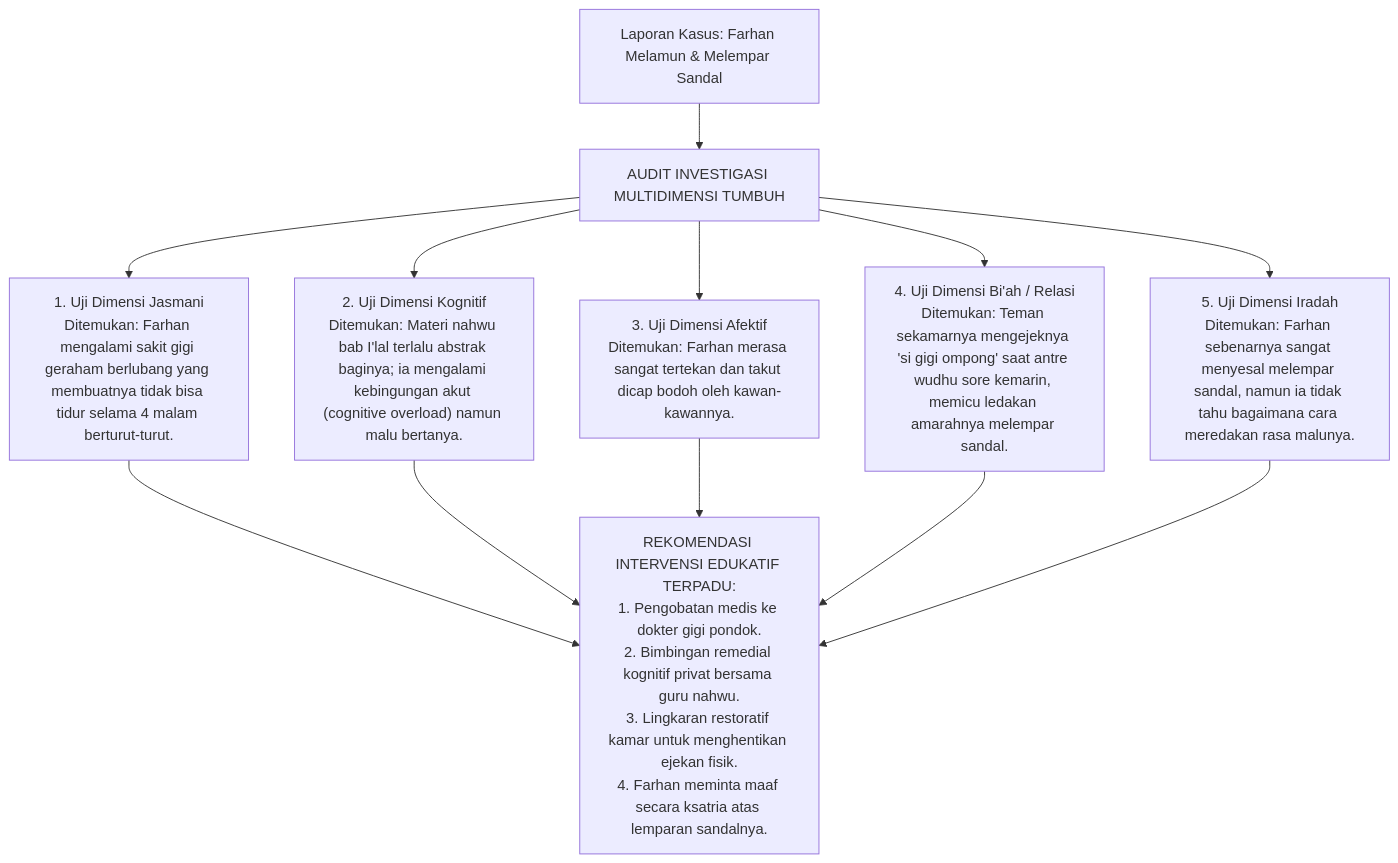
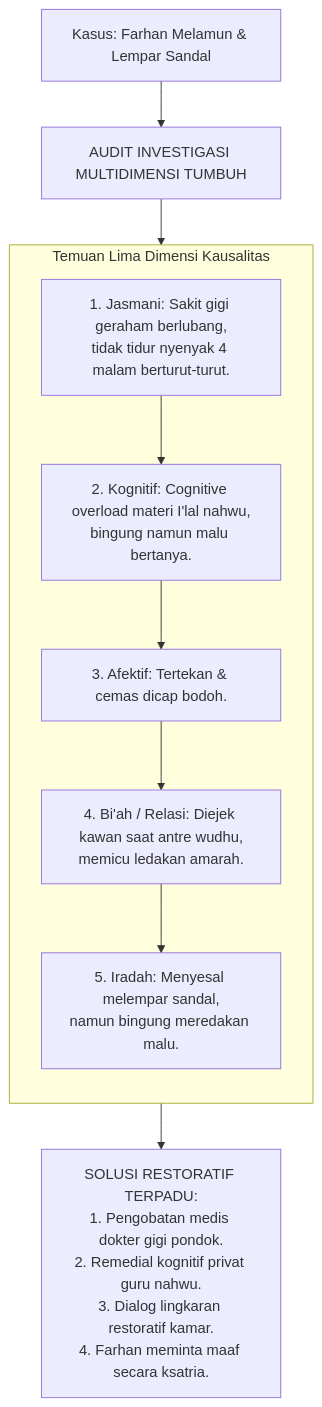
Before and after one commit to wandiapriliyandi/tumbuh: the fifth of 6 diagrams in BOOK Series 1/01-The-Fundamental-of-TUMBUH/Bab-04-Antropologi-Jiwa-Santri-Hakikat-Fitrah-dan-Komponen-Kejiwaan.md, drawn with Mermaid. The commit also changed other lines of this file and 35 other files, not shown here.

Commit message:
fix(book-01): optimasi keterbacaan diagram mermaid pada seluruh bab dan perbarui 20 file PDF

````diff
--- a/BOOK Series 1/01-The-Fundamental-of-TUMBUH/Bab-04-Antropologi-Jiwa-Santri-Hakikat-Fitrah-dan-Komponen-Kejiwaan.md
+++ b/BOOK Series 1/01-The-Fundamental-of-TUMBUH/Bab-04-Antropologi-Jiwa-Santri-Hakikat-Fitrah-dan-Komponen-Kejiwaan.md
@@ -186,12 +183,17 @@
 ```mermaid
 graph TD
-    M["Laporan Kasus: Farhan Melamun & Melempar Sandal"] --> U["AUDIT INVESTIGASI MULTIDIMENSI TUMBUH"]
+    M["Kasus: Farhan Melamun & Lempar Sandal"] --> U["AUDIT INVESTIGASI MULTIDIMENSI TUMBUH"]
     
-    U --> F1["1. Uji Dimensi Jasmani<br/>Ditemukan: Farhan mengalami sakit gigi geraham berlubang yang membuatnya tidak bisa tidur selama 4 malam berturut-turut."]
-    U --> F2["2. Uji Dimensi Kognitif<br/>Ditemukan: Materi nahwu bab I'lal terlalu abstrak baginya; ia mengalami kebingungan akut (cognitive overload) namun malu bertanya."]
-    U --> F3["3. Uji Dimensi Afektif<br/>Ditemukan: Farhan merasa sangat tertekan dan takut dicap bodoh oleh kawan-kawannya."]
-    U --> F4["4. Uji Dimensi Bi'ah / Relasi<br/>Ditemukan: Teman sekamarnya mengejeknya 'si gigi ompong' saat antre wudhu sore kemarin, memicu ledakan amarahnya melempar sandal."]
-    U --> F5["5. Uji Dimensi Iradah<br/>Ditemukan: Farhan sebenarnya sangat menyesal melempar sandal, namun ia tidak tahu bagaimana cara meredakan rasa malunya."]
-    
-    F1 & F2 & F3 & F4 & F5 --> SOL["REKOMENDASI INTERVENSI EDUKATIF TERPADU:<br/>1. Pengobatan medis ke dokter gigi pondok.<br/>2. Bimbingan remedial kognitif privat bersama guru nahwu.<br/>3. Lingkaran restoratif kamar untuk menghentikan ejekan fisik.<br/>4. Farhan meminta maaf secara ksatria atas lemparan sandalnya."]
+    subgraph HASIL_AUDIT["Temuan Lima Dimensi Kausalitas"]
+        direction TB
+        F1["1. Jasmani: Sakit gigi geraham berlubang,<br/>tidak tidur nyenyak 4 malam berturut-turut."]
+        F2["2. Kognitif: Cognitive overload materi I'lal nahwu,<br/>bingung namun malu bertanya."]
+        F3["3. Afektif: Tertekan & cemas dicap bodoh."]
+        F4["4. Bi'ah / Relasi: Diejek kawan saat antre wudhu,<br/>memicu ledakan amarah."]
+        F5["5. Iradah: Menyesal melempar sandal,<br/>namun bingung meredakan malu."]
+        F1 --> F2 --> F3 --> F4 --> F5
+    end
+
+    U --> HASIL_AUDIT
+    HASIL_AUDIT --> SOL["SOLUSI RESTORATIF TERPADU:<br/>1. Pengobatan medis dokter gigi pondok.<br/>2. Remedial kognitif privat guru nahwu.<br/>3. Dialog lingkaran restoratif kamar.<br/>4. Farhan meminta maaf secara ksatria."]
 ```
````
